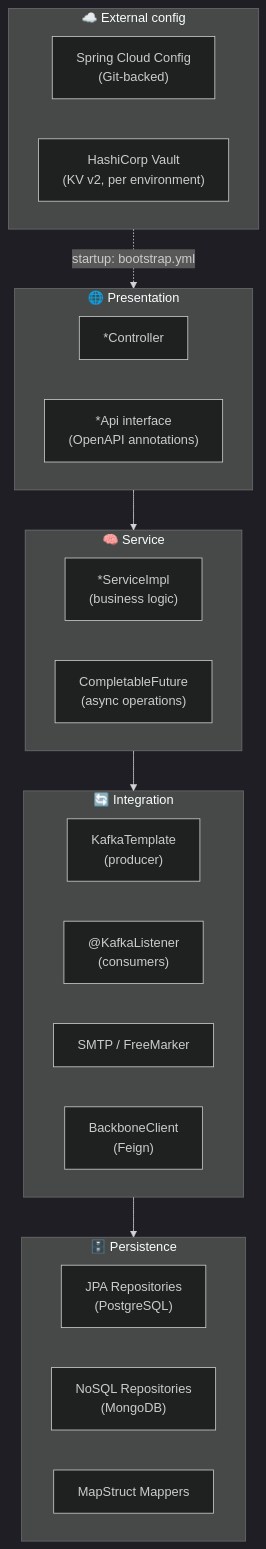
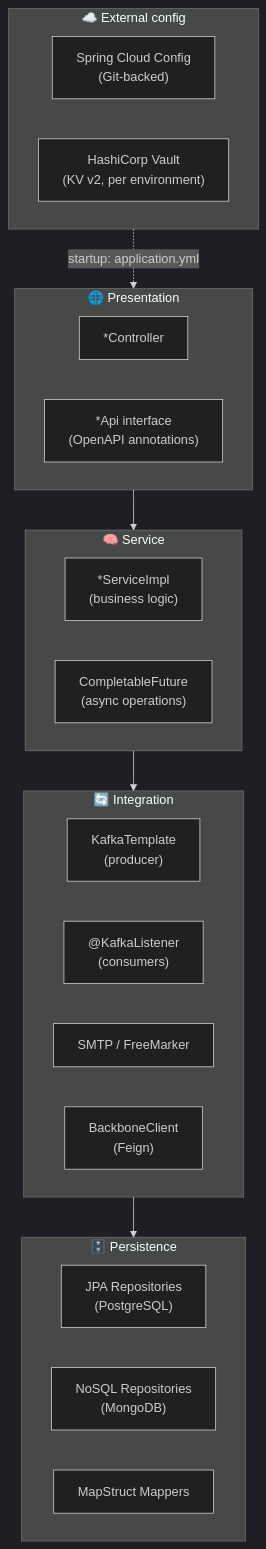
The first of 3 diagrams in docs/tec/en/02-architecture.md (um-dev-creative/mercury), drawn with Mermaid (dark theme) before and after one commit. The commit also changed other lines of this file and 20 other files, not shown here.

````diff
--- a/docs/tec/en/02-architecture.md
+++ b/docs/tec/en/02-architecture.md
@@ -11,38 +11,38 @@
 ```mermaid
 flowchart TB
     subgraph L1["🌐 Presentation"]
         direction LR
         C1["*Controller"]
         C2["*Api interface<br/>(OpenAPI annotations)"]
     end
 
     subgraph L2["🧠 Service"]
         direction LR
         S1["*ServiceImpl<br/>(business logic)"]
         S2["CompletableFuture<br/>(async operations)"]
     end
 
     subgraph L3["🔄 Integration"]
         direction LR
         K1["KafkaTemplate<br/>(producer)"]
         K2["@KafkaListener<br/>(consumers)"]
         K3["SMTP / FreeMarker"]
         K4["BackboneClient<br/>(Feign)"]
     end
 
     subgraph L4["🗄️ Persistence"]
         direction LR
         P1["JPA Repositories<br/>(PostgreSQL)"]
         P2["NoSQL Repositories<br/>(MongoDB)"]
         P3["MapStruct Mappers"]
     end
 
     subgraph L5["☁️ External config"]
         direction LR
         E1["Spring Cloud Config<br/>(Git-backed)"]
         E2["HashiCorp Vault<br/>(KV v2, per environment)"]
     end
 
     L1 --> L2 --> L3 --> L4
-    L5 -.->|startup: bootstrap.yml| L1
+    L5 -.->|startup: application.yml| L1
 ```
````
